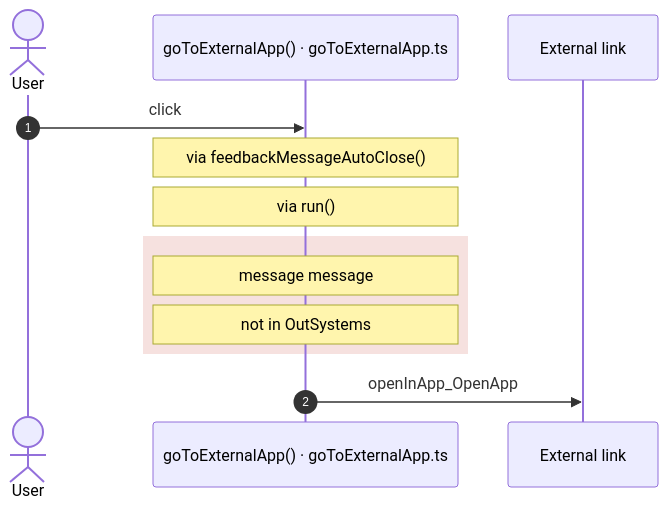
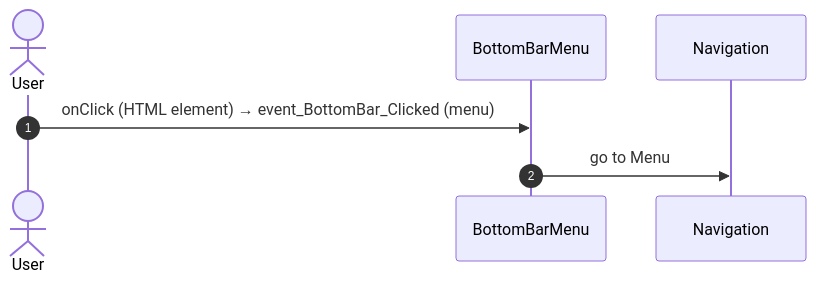
Before and after one commit to Phoenix-DX/connect-new-ui: the sixth of 51 diagrams in migration/route-actions/HomeFeed.md, drawn with Mermaid. The commit also changed other lines of this file and 9 other files, not shown here.

Commit message:
route actions: facts only; user actions as two independent lists (OutSystems view bindings, React JSX bindings) with Mermaid sequences; factual call columns (direct caller, chains, React references); app shell by definition (survey shell, main.tsx code); constants read for React paths

````diff
--- a/migration/route-actions/HomeFeed.md
+++ b/migration/route-actions/HomeFeed.md
@@ -280,15 +246,9 @@
 ```mermaid
 sequenceDiagram
   autonumber
   actor U as User
-  participant H as goToExternalApp() · goToExternalApp.ts
-  participant X as External link
-  U->>H: click
-  Note over H: via feedbackMessageAutoClose()
-  Note over H: via run()
-  rect rgba(192, 57, 43, 0.15)
-  Note over H: message message
-  Note over H: not in OutSystems
-  end
-  H->>X: openInApp_OpenApp
+  participant B as BottomBarMenu
+  participant N as Navigation
+  U->>B: onClick (HTML element) → event_BottomBar_Clicked (menu)
+  B->>N: go to Menu
 ```
````
